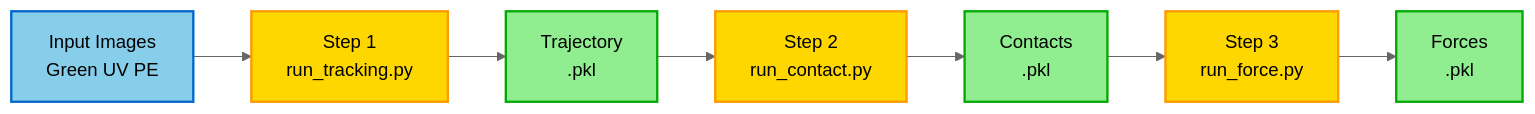
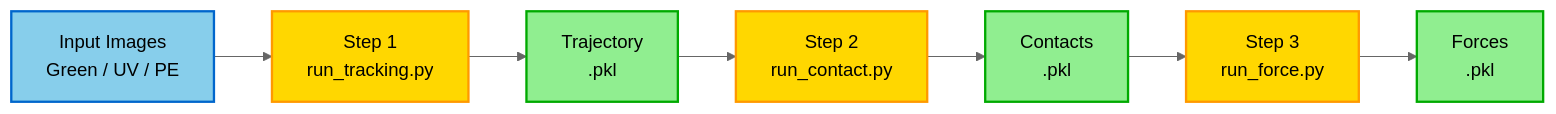
One commit to jctsaigroup/TPE-Disk-Image-Processing changed the diagram in README.md. Above: the diagram before and after it, drawn with Mermaid (neutral theme). The commit also changed 23 other files, not shown here.

````diff
--- a/README.md
+++ b/README.md
@@ -20,20 +20,20 @@
 ```mermaid
 graph LR
-    I[Input Images<br/>Green UV PE] 
+    I[Input Images<br/>Green / UV / PE] 
     S1[Step 1<br/>run_tracking.py]
     O1[Trajectory<br/>.pkl]
     S2[Step 2<br/>run_contact.py]
     O2[Contacts<br/>.pkl]
     S3[Step 3<br/>run_force.py]
     O3[Forces<br/>.pkl]
     
     I --> S1 --> O1 --> S2 --> O2 --> S3 --> O3
     
     classDef input fill:#87CEEB,stroke:#0066cc,stroke-width:2px,color:#000
     classDef process fill:#FFD700,stroke:#ff9900,stroke-width:2px,color:#000
     classDef output fill:#90EE90,stroke:#00aa00,stroke-width:2px,color:#000
     
     class I input
     class S1,S2,S3 process
     class O1,O2,O3 output
 ```
````
